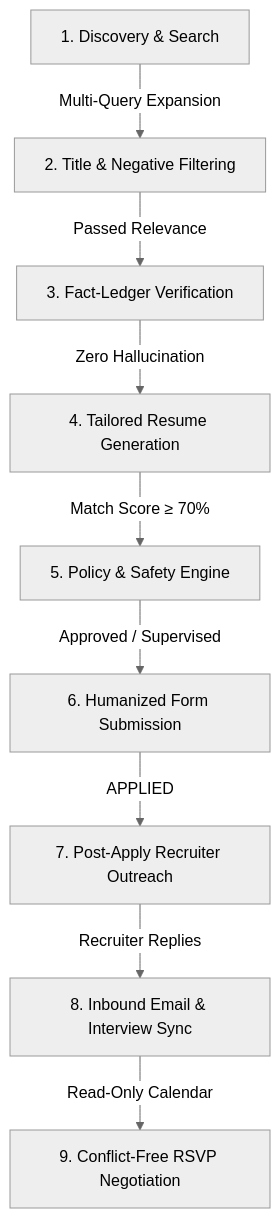
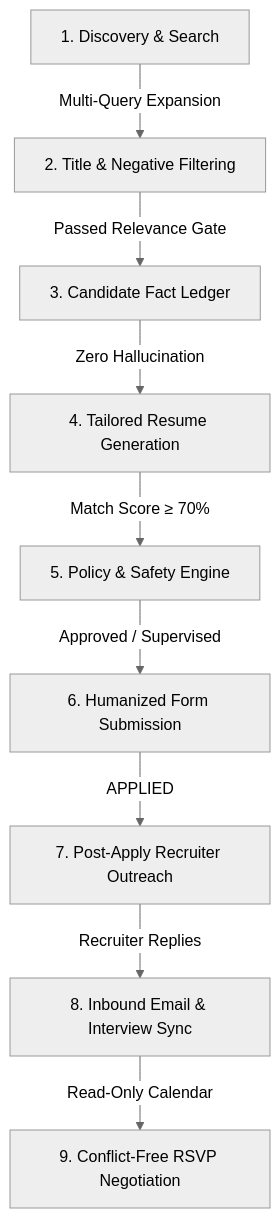
One commit to talha-004/auto-job-apply changed the diagram in docs/USER_GUIDE.md. Above: the diagram before and after it, drawn with Mermaid (neutral theme). The commit also changed other lines of this file, not shown here.

````diff
--- a/docs/USER_GUIDE.md
+++ b/docs/USER_GUIDE.md
@@ -47,11 +47,11 @@
 ```mermaid
 flowchart TD
     A["1. Discovery & Search"] -->|Multi-Query Expansion| B["2. Title & Negative Filtering"]
-    B -->|Passed Relevance| C["3. Fact-Ledger Verification"]
+    B -->|Passed Relevance Gate| C["3. Candidate Fact Ledger"]
     C -->|Zero Hallucination| D["4. Tailored Resume Generation"]
     D -->|Match Score ≥ 70%| E["5. Policy & Safety Engine"]
     E -->|Approved / Supervised| F["6. Humanized Form Submission"]
     F -->|APPLIED| G["7. Post-Apply Recruiter Outreach"]
     G -->|Recruiter Replies| H["8. Inbound Email & Interview Sync"]
     H -->|Read-Only Calendar| I["9. Conflict-Free RSVP Negotiation"]
 ```
````
